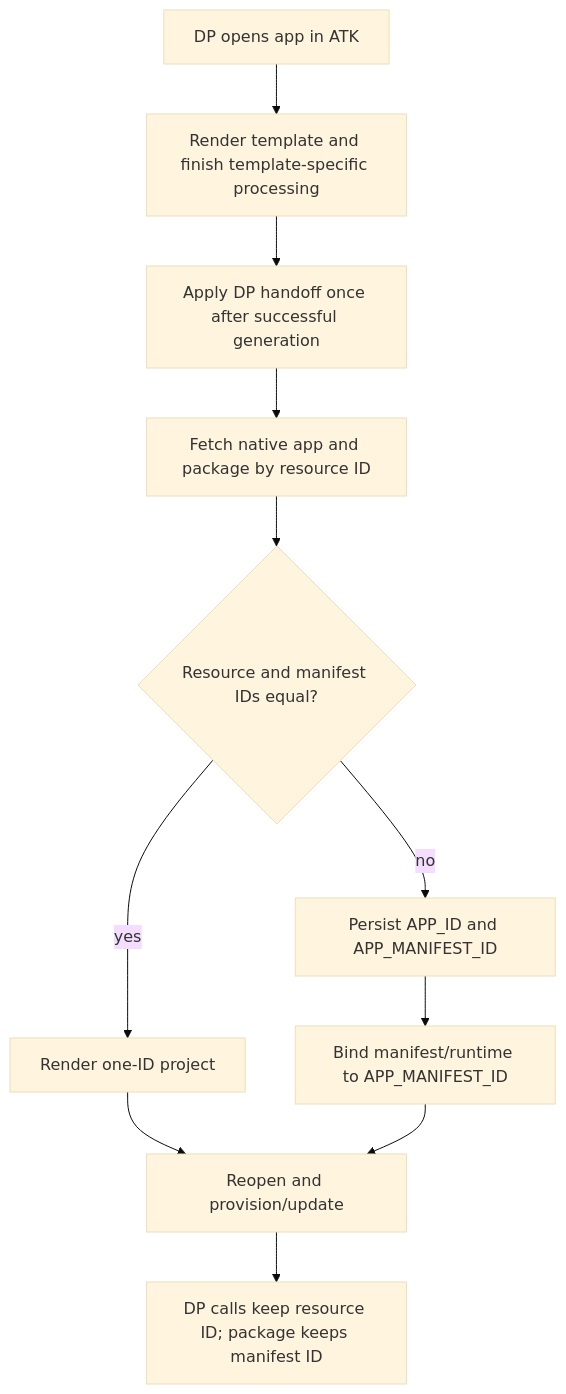
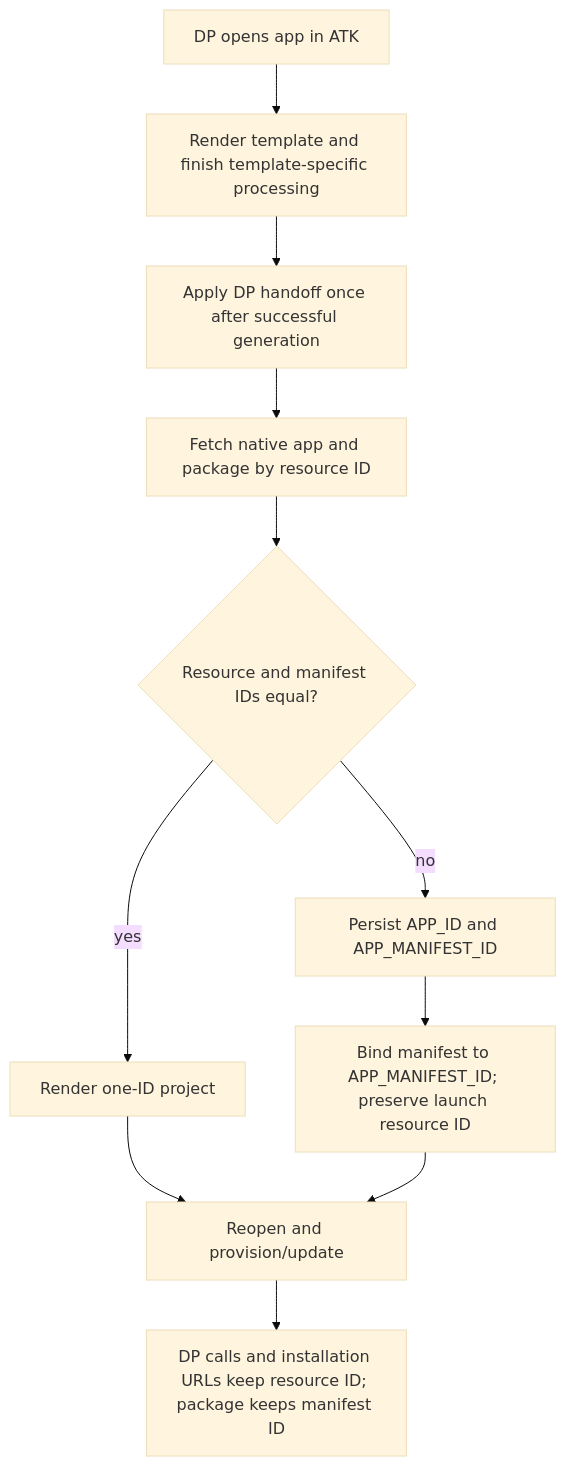
The diagram in docs/03-specs/scenarios/teams/developer-portal-migration.md (HuihuiWu-Microsoft/TeamsFx), drawn with Mermaid (base theme) before and after one commit. The commit also changed other lines of this file and 4 other files, not shown here.

First line of the commit message:
fix(fx-core): preserve resource IDs in imported app launch URLs

````diff
--- a/docs/03-specs/scenarios/teams/developer-portal-migration.md
+++ b/docs/03-specs/scenarios/teams/developer-portal-migration.md
@@ -15,13 +15,13 @@
 ```mermaid
 flowchart TD
   A[DP opens app in ATK] --> T[Render template and finish template-specific processing]
   T --> B[Apply DP handoff once after successful generation]
   B --> P[Fetch native app and package by resource ID]
   P --> C{Resource and manifest IDs equal?}
   C -->|yes| D[Render one-ID project]
   C -->|no| E[Persist APP_ID and APP_MANIFEST_ID]
-  E --> F[Bind manifest/runtime to APP_MANIFEST_ID]
+  E --> F[Bind manifest to APP_MANIFEST_ID; preserve launch resource ID]
   D --> G[Reopen and provision/update]
   F --> G
-  G --> H[DP calls keep resource ID; package keeps manifest ID]
+  G --> H[DP calls and installation URLs keep resource ID; package keeps manifest ID]
 ```
````
